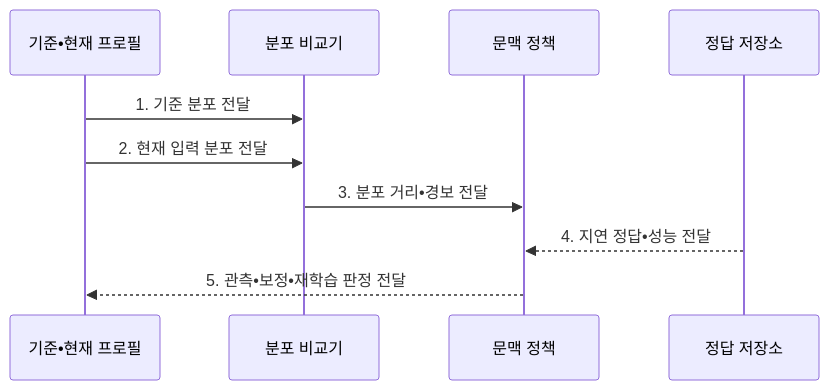
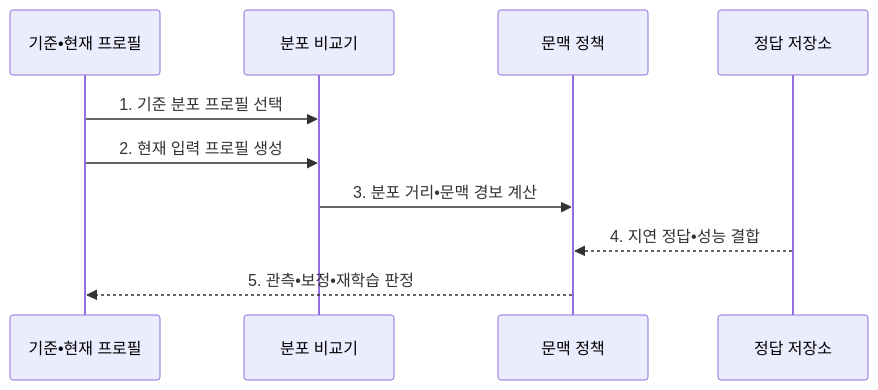
The second of 2 diagrams in src/content/docs/notes/08-latest-tech/134_data_drift.md (agnusdei1207/knowledge-base), drawn with Mermaid before and after one commit. The commit also changed other lines of this file and 14 other files, not shown here.

````diff
--- a/src/content/docs/notes/08-latest-tech/134_data_drift.md
+++ b/src/content/docs/notes/08-latest-tech/134_data_drift.md
@@ -104,12 +104,12 @@
 ```mermaid
 sequenceDiagram
     participant B as 기준•현재 프로필
     participant D as 분포 비교기
     participant P as 문맥 정책
     participant L as 정답 저장소
-    B->>D: 1. 기준 분포 전달
-    B->>D: 2. 현재 입력 분포 전달
-    D->>P: 3. 분포 거리•경보 전달
-    L-->>P: 4. 지연 정답•성능 전달
-    P-->>B: 5. 관측•보정•재학습 판정 전달
+    B->>D: 1. 기준 분포 프로필 선택
+    B->>D: 2. 현재 입력 프로필 생성
+    D->>P: 3. 분포 거리•문맥 경보 계산
+    L-->>P: 4. 지연 정답•성능 결합
+    P-->>B: 5. 관측•보정•재학습 판정
 ```
````
